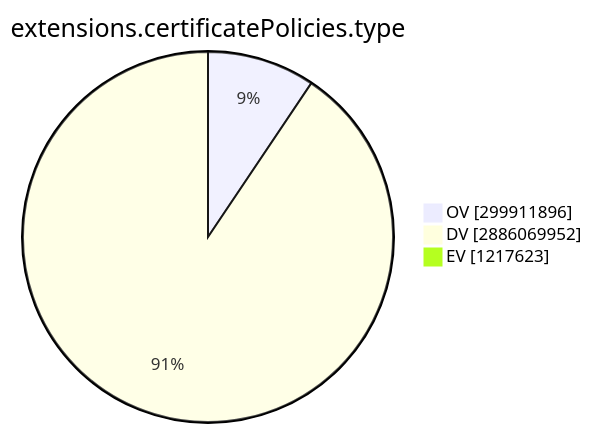
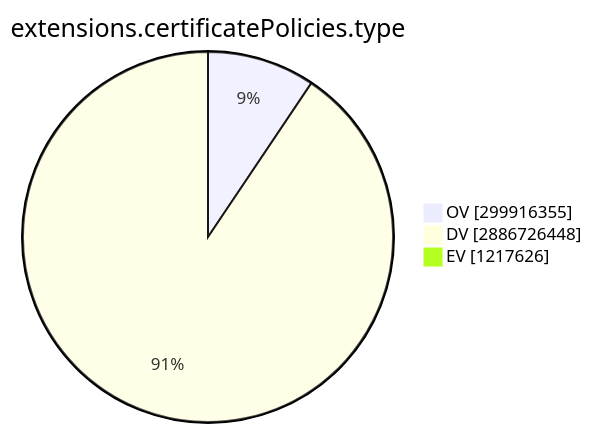
Before and after one commit to christiankrug/ctmonitor_visualization: the ninth of 15 diagrams in TOTAL/README.md, drawn with Mermaid. The commit also changed other lines of this file, not shown here.

````diff
--- a/TOTAL/README.md
+++ b/TOTAL/README.md
@@ -3101,7 +3101,7 @@
 ```mermaid
 pie showData
 title extensions.certificatePolicies.type
-"OV" :299911896
-"DV" :2886069952
-"EV" :1217623
+"OV" :299916355
+"DV" :2886726448
+"EV" :1217626
 ```
````
